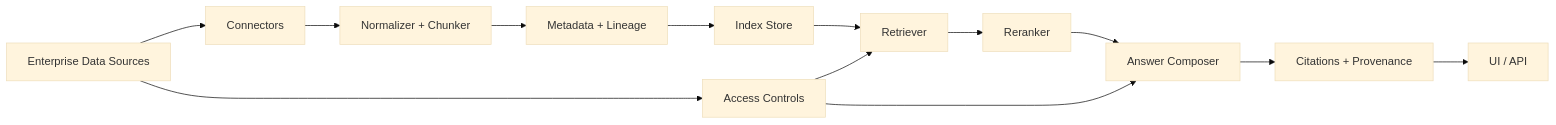
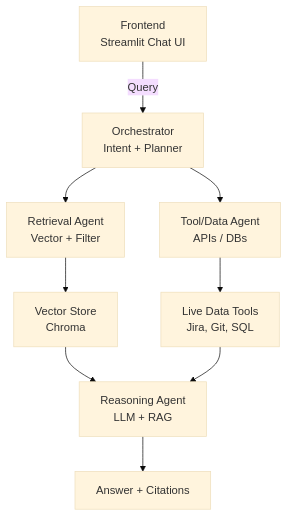
One commit to anshitaarya17/ai-builders changed the diagram in diagram/architecture.mmd. Above: the diagram before and after it, drawn with Mermaid (base theme). The commit also changed 5 other files, not shown here.

```diff
--- a/diagram/architecture.mmd
+++ b/diagram/architecture.mmd
@@ -1,13 +1,9 @@
-flowchart LR
-    A[Enterprise Data Sources] --> B[Connectors]
-    A --> C[Access Controls]
-    B --> D[Normalizer + Chunker]
-    D --> E[Metadata + Lineage]
-    E --> F[Index Store]
-    F --> G[Retriever]
-    G --> H[Reranker]
-    H --> I[Answer Composer]
-    I --> J[Citations + Provenance]
-    C --> G
-    C --> I
-    J --> K[UI / API]
+flowchart TB
+    A[Frontend<br/>Streamlit Chat UI] -->|Query| B[Orchestrator<br/>Intent + Planner]
+    B --> C[Retrieval Agent<br/>Vector + Filter]
+    B --> D[Tool/Data Agent<br/>APIs / DBs]
+    C --> E[Vector Store<br/>Chroma]
+    D --> F[Live Data Tools<br/>Jira, Git, SQL]
+    E --> G[Reasoning Agent<br/>LLM + RAG]
+    F --> G
+    G --> H[Answer + Citations]
```
